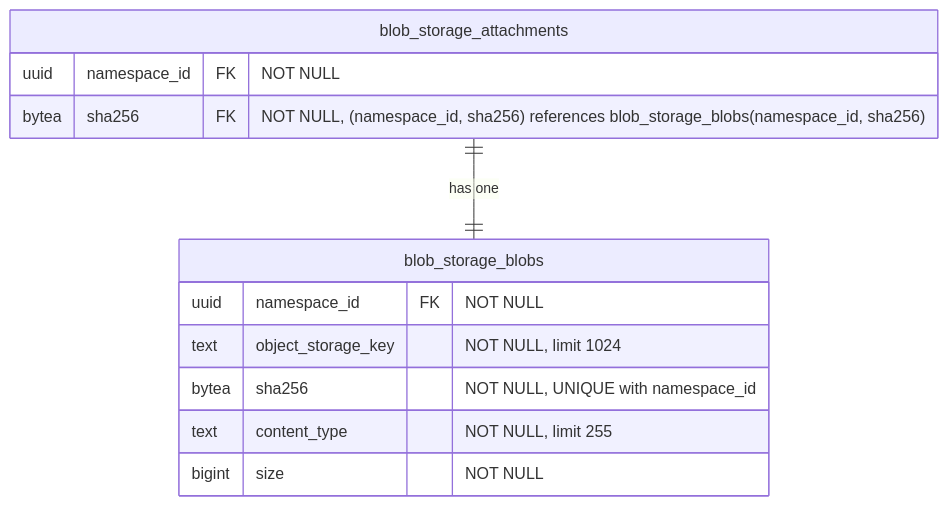
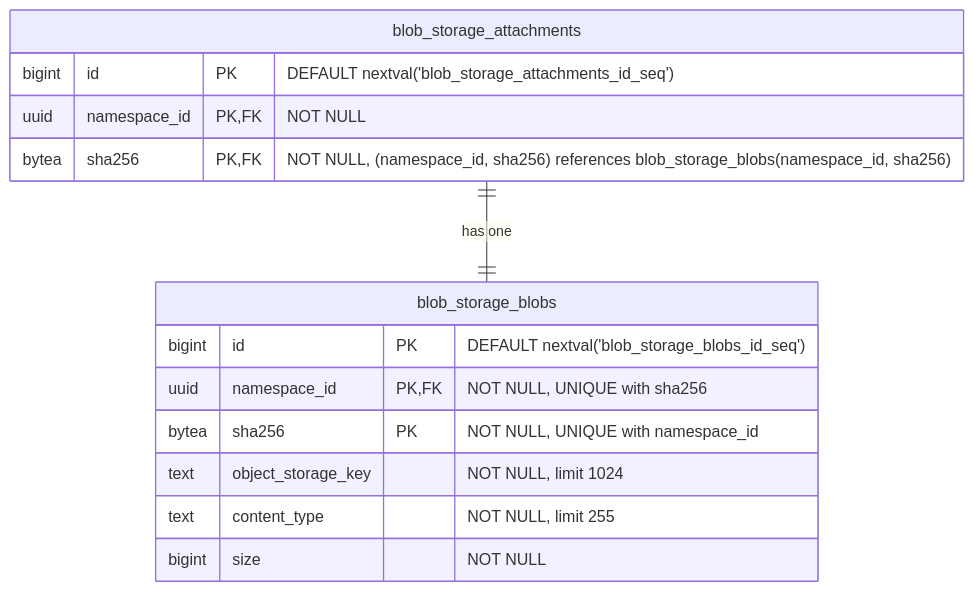
Before and after one commit to kyama0/gitlab-handbook-ja: diagram 16 of 19 in content/handbook/engineering/architecture/design-documents/artifact_registry/decisions/007_database_schema.md, drawn with Mermaid. The commit also changed other lines of this file and 1 other file, not shown here.

First line of the commit message:
translation: batch 2026-05-18-1 part 2 (ADR-007 database schema)

````diff
--- a/content/handbook/engineering/architecture/design-documents/artifact_registry/decisions/007_database_schema.md
+++ b/content/handbook/engineering/architecture/design-documents/artifact_registry/decisions/007_database_schema.md
@@ -1175,17 +1313,19 @@
 ```mermaid
 erDiagram
     blob_storage_attachments ||--|| blob_storage_blobs : "has one"
 
     blob_storage_attachments {
-        uuid namespace_id FK "NOT NULL"
-        bytea sha256 FK "NOT NULL, (namespace_id, sha256) references blob_storage_blobs(namespace_id, sha256)"
+        bigint id PK "DEFAULT nextval('blob_storage_attachments_id_seq')"
+        uuid namespace_id PK,FK "NOT NULL"
+        bytea sha256 PK,FK "NOT NULL, (namespace_id, sha256) references blob_storage_blobs(namespace_id, sha256)"
     }
 
     blob_storage_blobs {
-        uuid namespace_id FK "NOT NULL"
+        bigint id PK "DEFAULT nextval('blob_storage_blobs_id_seq')"
+        uuid namespace_id PK,FK "NOT NULL, UNIQUE with sha256"
+        bytea sha256 PK "NOT NULL, UNIQUE with namespace_id"
         text object_storage_key "NOT NULL, limit 1024"
-        bytea sha256 "NOT NULL, UNIQUE with namespace_id"
         text content_type "NOT NULL, limit 255"
         bigint size "NOT NULL"
     }
 ```
````
